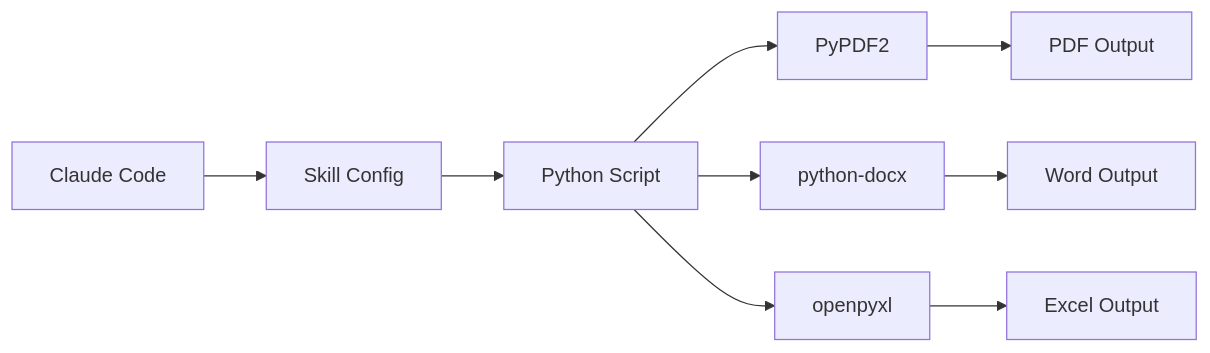
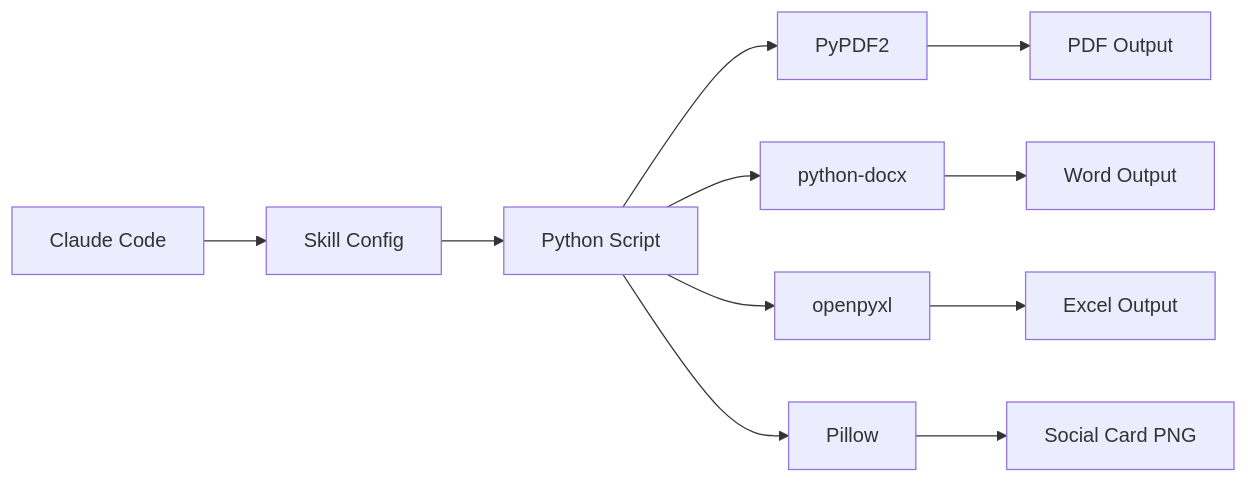
The diagram in README.md (frankfika/agent-skills), drawn with Mermaid before and after one commit. The commit also changed other lines of this file and 3 other files, not shown here.

````diff
--- a/README.md
+++ b/README.md
@@ -88,11 +121,13 @@
 ```mermaid
 graph LR
     A[Claude Code] --> B[Skill Config]
     B --> C[Python Script]
     C --> D[PyPDF2]
     C --> E[python-docx]
     C --> F[openpyxl]
+    C --> J[Pillow]
     D --> G[PDF Output]
     E --> H[Word Output]
     F --> I[Excel Output]
+    J --> K[Social Card PNG]
 ```
````
